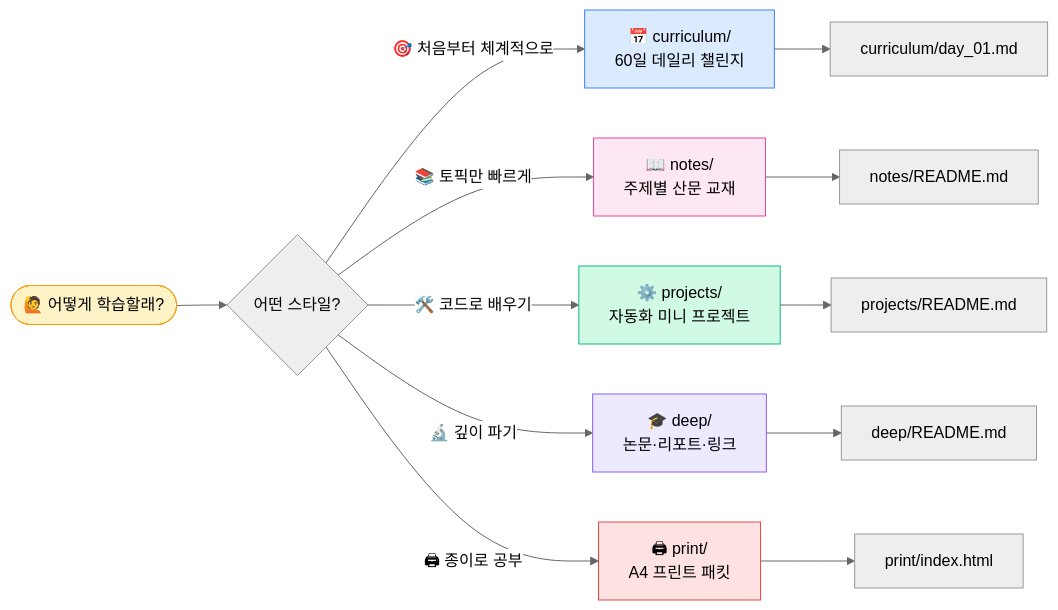
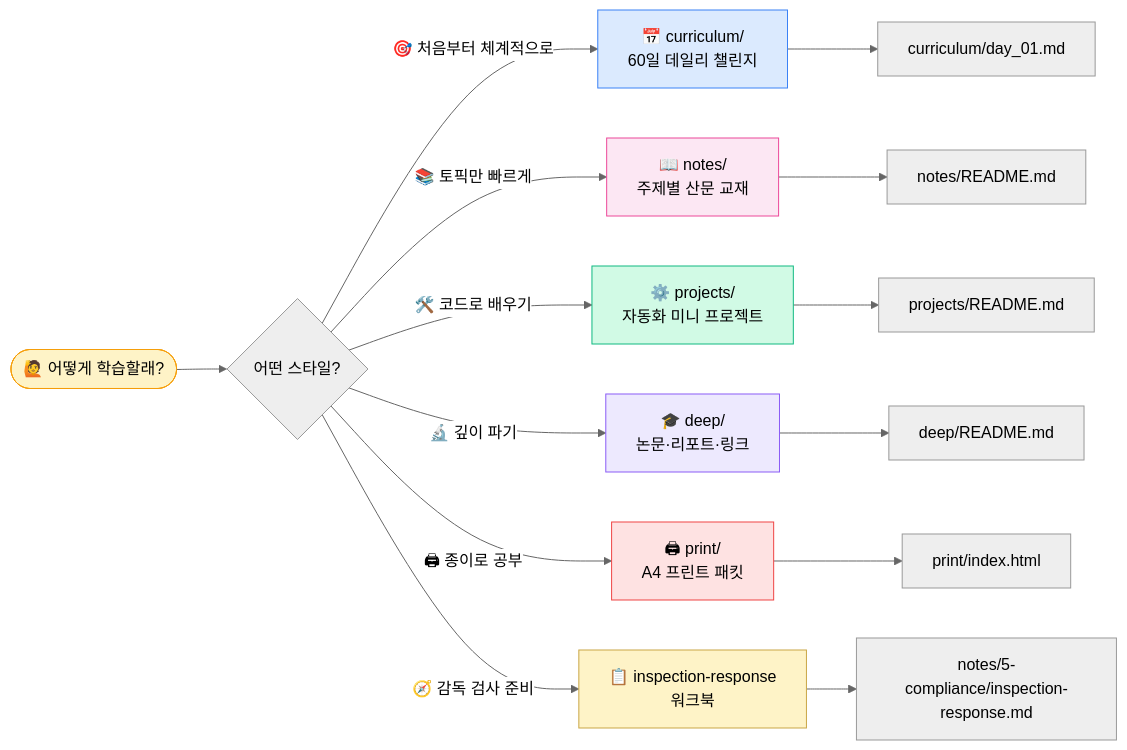
One commit to lala-david/aml-notes changed the first of 2 diagrams in README.md. Above: the diagram before and after it, drawn with Mermaid (neutral theme). The commit also changed other lines of this file, not shown here.

First line of the commit message:
README 전면 개편: 실무 현장·기술 rigor·감사 워크북·A- 마무리 반영

````diff
--- a/README.md
+++ b/README.md
@@ -34,22 +64,25 @@
 ```mermaid
 flowchart LR
     Start([🙋 어떻게 학습할래?]) --> Q{어떤 스타일?}
     Q -->|🎯 처음부터 체계적으로| A["📅 curriculum/<br/>60일 데일리 챌린지"]
     Q -->|📚 토픽만 빠르게| B["📖 notes/<br/>주제별 산문 교재"]
     Q -->|🛠️ 코드로 배우기| C["⚙️ projects/<br/>자동화 미니 프로젝트"]
     Q -->|🔬 깊이 파기| D["🎓 deep/<br/>논문·리포트·링크"]
     Q -->|🖨 종이로 공부| E["🖨 print/<br/>A4 프린트 패킷"]
+    Q -->|🧭 감독 검사 준비| F["📋 inspection-response<br/>워크북"]
 
     A --> A1[curriculum/day_01.md]
     B --> B1[notes/README.md]
     C --> C1[projects/README.md]
     D --> D1[deep/README.md]
     E --> E1[print/index.html]
+    F --> F1[notes/5-compliance/inspection-response.md]
 
     style Start fill:#fef3c7,stroke:#f59e0b
     style A fill:#dbeafe,stroke:#3b82f6
     style B fill:#fce7f3,stroke:#ec4899
     style C fill:#d1fae5,stroke:#10b981
     style D fill:#ede9fe,stroke:#8b5cf6
     style E fill:#fee2e2,stroke:#ef4444
+    style F fill:#fef3c7,stroke:#c9a646
 ```
````
